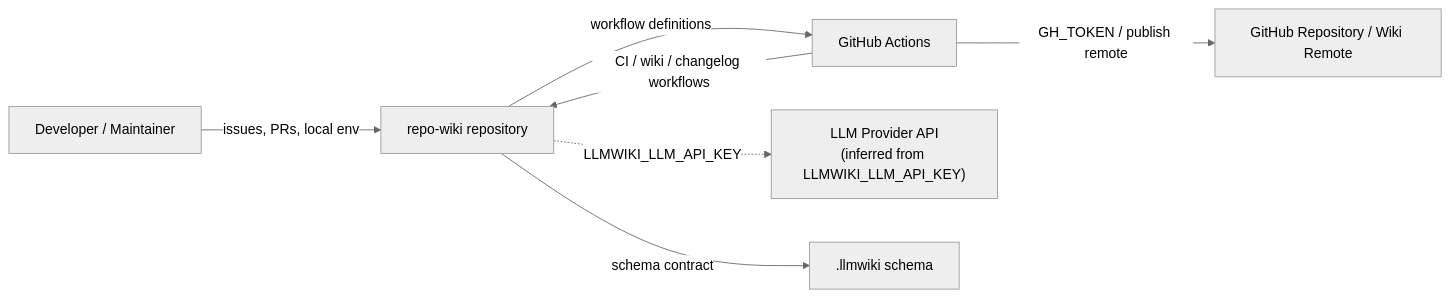
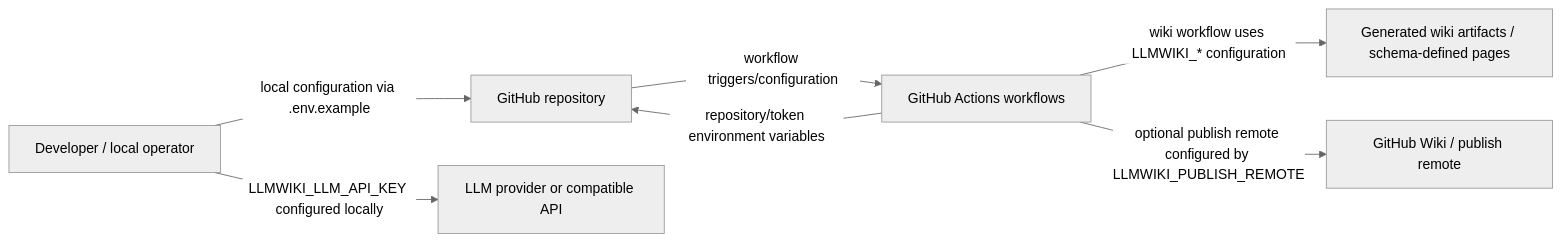
One commit to mfittko/repo-wiki changed the first of 4 diagrams in Architecture.md. Above: the diagram before and after it, drawn with Mermaid (neutral theme). The commit also changed other lines of this file and 46 other files, not shown here.

Commit message:
Compile repository wiki 2026-06-12T23:37:07.677Z

````diff
--- a/Architecture.md
+++ b/Architecture.md
@@ -47,16 +50,16 @@
 ```mermaid
 flowchart LR
-  Dev["Developer / Maintainer"]
-  Repo["repo-wiki repository"]
-  GHA["GitHub Actions"]
-  GH["GitHub Repository / Wiki Remote"]
-  LLM["LLM Provider API<br/>(inferred from LLMWIKI_LLM_API_KEY)"]
-  WikiSchema[".llmwiki schema"]
+  Developer["Developer / local operator"]
+  GitHubRepo["GitHub repository"]
+  GitHubActions["GitHub Actions workflows"]
+  GitHubWiki["GitHub Wiki / publish remote"]
+  LLMProvider["LLM provider or compatible API"]
+  WikiArtifacts["Generated wiki artifacts / schema-defined pages"]
 
-  Dev -->|"issues, PRs, local env"| Repo
-  Repo -->|"workflow definitions"| GHA
-  GHA -->|"CI / wiki / changelog workflows"| Repo
-  GHA -->|"GH_TOKEN / publish remote"| GH
-  Repo -->|"schema contract"| WikiSchema
-  Repo -.->|"LLMWIKI_LLM_API_KEY"| LLM
+  Developer -->|local configuration via .env.example| GitHubRepo
+  GitHubRepo -->|workflow triggers/configuration| GitHubActions
+  GitHubActions -->|wiki workflow uses LLMWIKI_* configuration| WikiArtifacts
+  GitHubActions -->|optional publish remote configured by LLMWIKI_PUBLISH_REMOTE| GitHubWiki
+  Developer -->|LLMWIKI_LLM_API_KEY configured locally| LLMProvider
+  GitHubActions -->|repository/token environment variables| GitHubRepo
 ```
````
